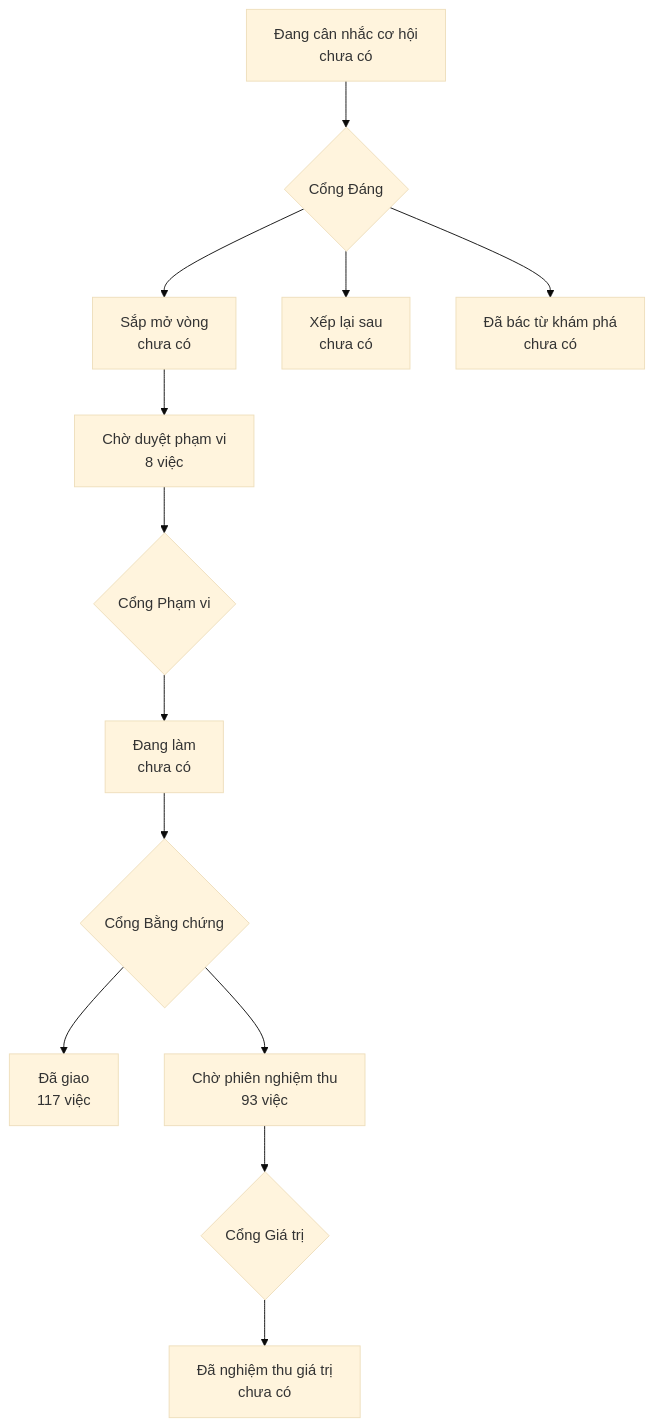
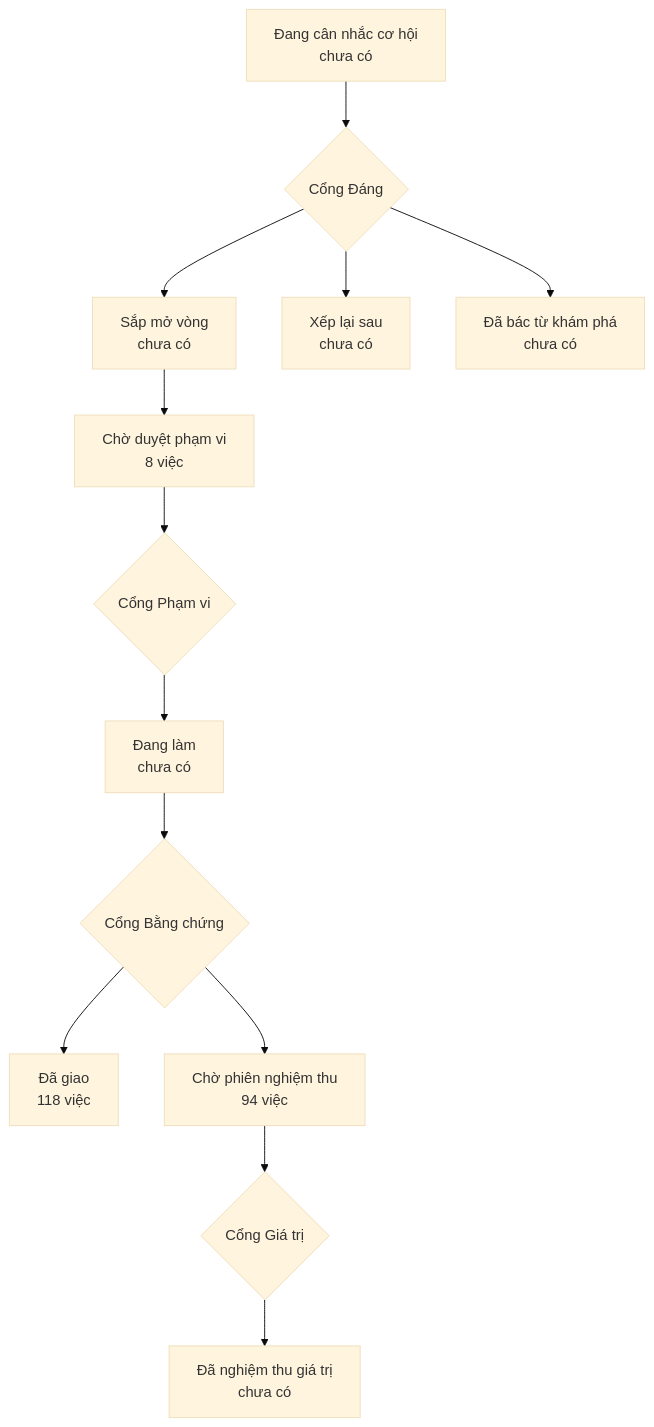
The diagram in PRODUCT-MAP.md (phanlemanh/onehub-invest), drawn with Mermaid (base theme) before and after one commit. The commit also changed other lines of this file and 2 other files, not shown here.

Commit message:
chore(people-hien-so-goc): vẽ lại bản đồ sau gộp main 34b22a21, cập nhật hàng SD4

````diff
--- a/PRODUCT-MAP.md
+++ b/PRODUCT-MAP.md
@@ -7,12 +7,12 @@
 ```mermaid
 flowchart TD
   A["Đang cân nhắc cơ hội<br/>chưa có"] --> GD{"Cổng Đáng"}
   GD --> B["Sắp mở vòng<br/>chưa có"]
   GD --> XL["Xếp lại sau<br/>chưa có"]
   GD --> DB["Đã bác từ khám phá<br/>chưa có"]
   B --> CD["Chờ duyệt phạm vi<br/>8 việc"] --> GP{"Cổng Phạm vi"}
   GP --> DL["Đang làm<br/>chưa có"] --> GB{"Cổng Bằng chứng"}
-  GB --> DG["Đã giao<br/>117 việc"]
-  GB --> CN["Chờ phiên nghiệm thu<br/>93 việc"] --> GG{"Cổng Giá trị"}
+  GB --> DG["Đã giao<br/>118 việc"]
+  GB --> CN["Chờ phiên nghiệm thu<br/>94 việc"] --> GG{"Cổng Giá trị"}
   GG --> NT["Đã nghiệm thu giá trị<br/>chưa có"]
 ```
````
